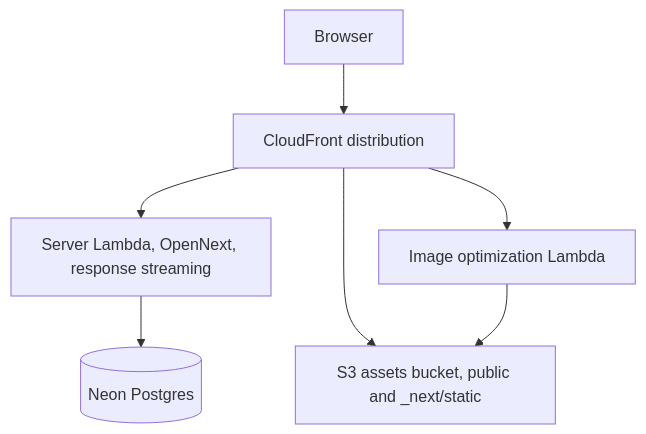
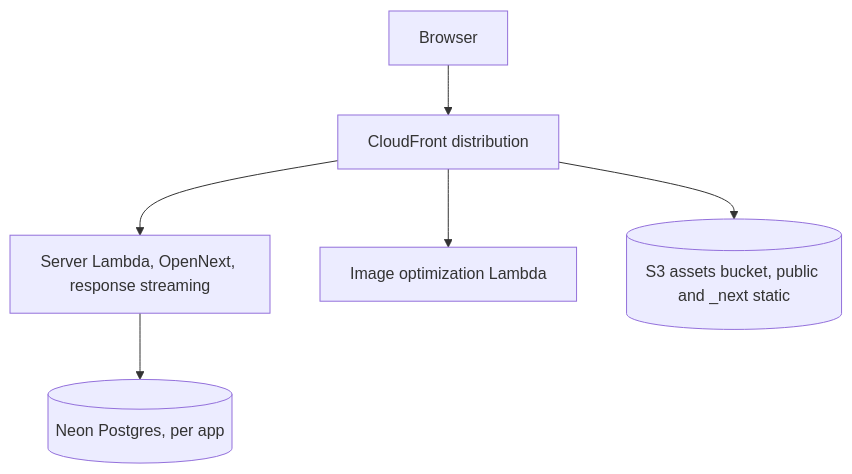
One commit to elleskay/platform changed the second of 3 diagrams in README.md. Above: the diagram before and after it, drawn with Mermaid. The commit also changed other lines of this file, not shown here.

````diff
--- a/README.md
+++ b/README.md
@@ -112,13 +104,8 @@
 ```mermaid
 flowchart TD
-  U[Browser]
-  CF[CloudFront distribution]
-  U --> CF
-
+  U[Browser] --> CF[CloudFront distribution]
   CF --> SRV[Server Lambda, OpenNext, response streaming]
   CF --> IMG[Image optimization Lambda]
-  CF --> S3[S3 assets bucket, public and _next/static]
-
-  SRV --> NEON[(Neon Postgres)]
-  IMG --> S3
+  CF --> S3[(S3 assets bucket, public and _next static)]
+  SRV --> NEON[(Neon Postgres, per app)]
 ```
````
